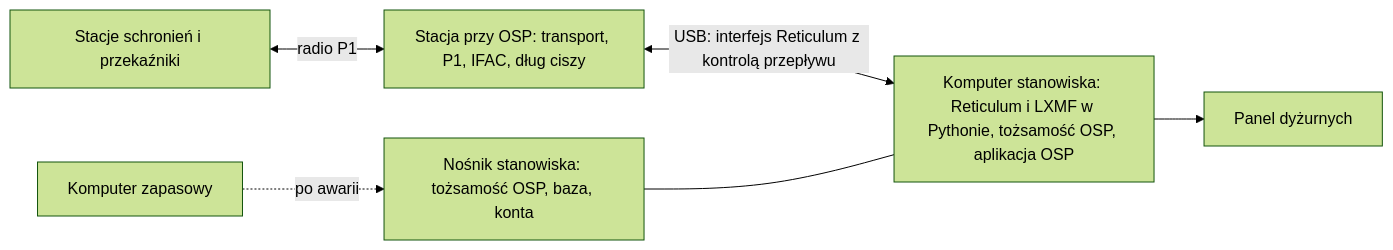
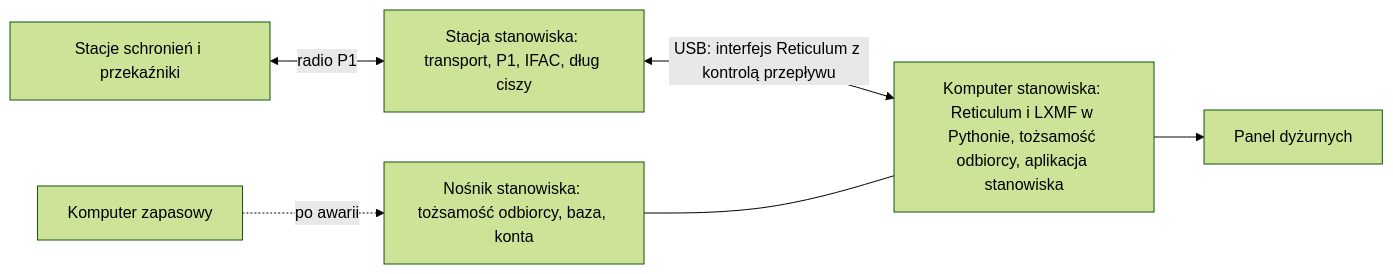
One commit to tmierzwa/WICI changed the diagram in docs/spec/stanowisko-osp.md. Above: the diagram before and after it, drawn with Mermaid (forest theme). The commit also changed other lines of this file and 54 other files, not shown here.

````diff
--- a/docs/spec/stanowisko-osp.md
+++ b/docs/spec/stanowisko-osp.md
@@ -39,8 +39,8 @@
 ```mermaid
 flowchart LR
-  S[Stacje schronień i przekaźniki] <-->|radio P1| W[Stacja przy OSP: transport, P1, IFAC, dług ciszy]
-  W <-->|USB: interfejs Reticulum z kontrolą przepływu| K[Komputer stanowiska: Reticulum i LXMF w Pythonie, tożsamość OSP, aplikacja OSP]
-  N[Nośnik stanowiska: tożsamość OSP, baza, konta] --- K
+  S[Stacje schronień i przekaźniki] <-->|radio P1| W[Stacja stanowiska: transport, P1, IFAC, dług ciszy]
+  W <-->|USB: interfejs Reticulum z kontrolą przepływu| K[Komputer stanowiska: Reticulum i LXMF w Pythonie, tożsamość odbiorcy, aplikacja stanowiska]
+  N[Nośnik stanowiska: tożsamość odbiorcy, baza, konta] --- K
   K2[Komputer zapasowy] -.->|po awarii| N
   K --> D[Panel dyżurnych]
 ```
````
